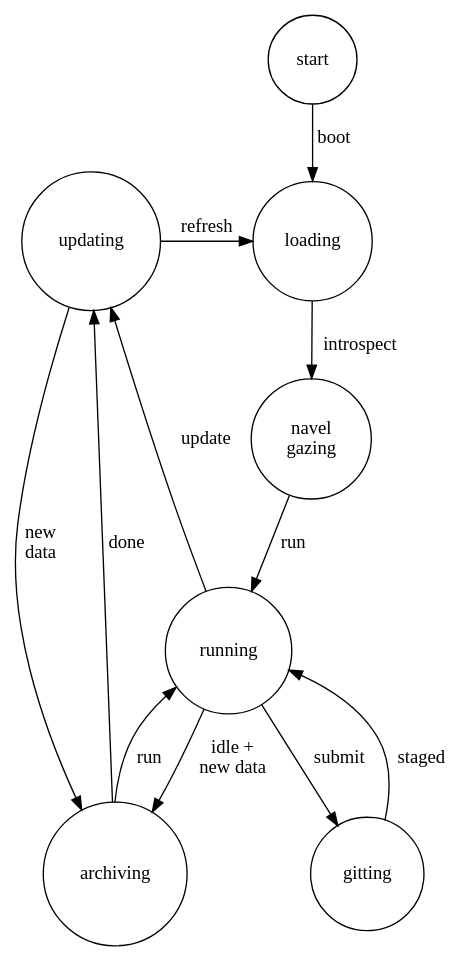
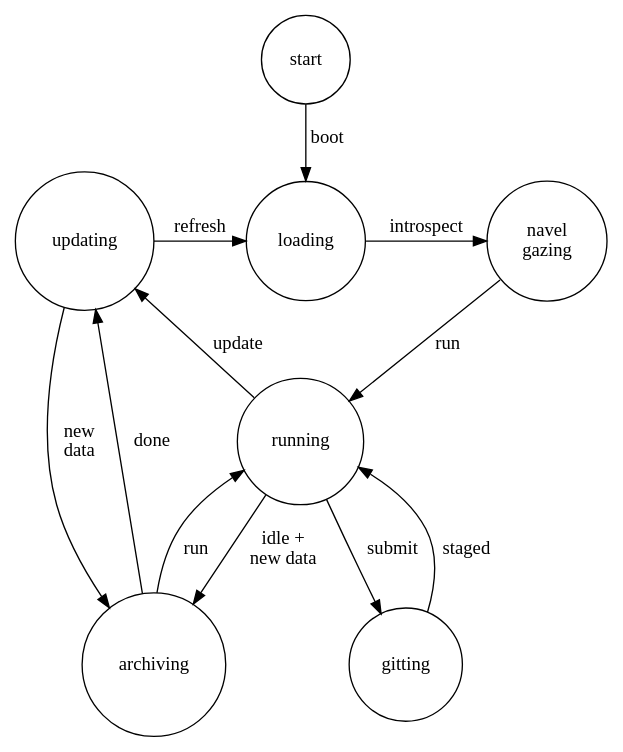
Before and after one commit to al-niessner/DAWGIE: the diagram in Python/dawgie/pl/state.dot, drawn with Graphviz. The commit also changed 2 other files, not shown here.

```diff
--- a/Python/dawgie/pl/state.dot
+++ b/Python/dawgie/pl/state.dot
@@ -1,106 +1,105 @@
 digraph dawgie_fsm
 {
 /*
 COPYRIGHT:
 Copyright (c) 2015-2025, California Institute of Technology ("Caltech").
 U.S. Government sponsorship acknowledged.
 
 All rights reserved.
 
 LICENSE:
 Redistribution and use in source and binary forms, with or without
 modification, are permitted provided that the following conditions are met:
 
 - Redistributions of source code must retain the above copyright notice,
 this list of conditions and the following disclaimer.
 
 - Redistributions in binary form must reproduce the above copyright
 notice, this list of conditions and the following disclaimer in the
 documentation and/or other materials provided with the distribution.
 
 - Neither the name of Caltech nor its operating division, the Jet
 Propulsion Laboratory, nor the names of its contributors may be used to
 endorse or promote products derived from this software without specific prior
 written permission.
 
 THIS SOFTWARE IS PROVIDED BY THE COPYRIGHT HOLDERS AND CONTRIBUTORS "AS IS"
 AND ANY EXPRESS OR IMPLIED WARRANTIES, INCLUDING, BUT NOT LIMITED TO, THE
 IMPLIED WARRANTIES OF MERCHANTABILITY AND FITNESS FOR A PARTICULAR PURPOSE
 ARE DISCLAIMED. IN NO EVENT SHALL THE COPYRIGHT OWNER OR CONTRIBUTORS BE
 LIABLE FOR ANY DIRECT, INDIRECT, INCIDENTAL, SPECIAL, EXEMPLARY, OR
 CONSEQUENTIAL DAMAGES (INCLUDING, BUT NOT LIMITED TO, PROCUREMENT OF
 SUBSTITUTE GOODS OR SERVICES; LOSS OF USE, DATA, OR PROFITS; OR BUSINESS
 INTERRUPTION) HOWEVER CAUSED AND ON ANY THEORY OF LIABILITY, WHETHER IN
 CONTRACT, STRICT LIABILITY, OR TORT (INCLUDING NEGLIGENCE OR OTHERWISE)
 ARISING IN ANY WAY OUT OF THE USE OF THIS SOFTWARE, EVEN IF ADVISED OF THE
 POSSIBILITY OF SUCH DAMAGE.
 
 NTR:
 */
         node [shape = circle];
         starting[id=starting, label=start]
         loading[id=loading]
         contemplation[id=contemplation, label="navel\ngazing"]
         updating[id=updating]
         running[id=running]
         gitting[id=gitting]
         archiving[id=archiving];
-        { rank=same loading updating }
+        { rank=same contemplation loading updating }
         rankdir=TB;
         starting -> loading [label=boot,
                              trigger=starting_trigger,
                              source=starting,
                              dest=loading,
                              before=start,
                              after=load];
         loading -> contemplation[label=introspect,
                                  trigger=contemplation_trigger,
                                  source=loading,
-                                 dest=contemplation];
+                                 dest=contemplation,
+                                 after=navel_gaze];
         contemplation -> running[label=run,
                                  trigger=running_trigger,
                                  source=contemplation,
-                                 dest=running,
-                                 after=navel_gaze];
+                                 dest=running];
         running -> gitting[label=submit,
                            trigger=gitting_trigger,
                            source=running,
                            dest=gitting];
         gitting -> running[label=staged,
                            trigger=running_trigger,
                            source=gitting,
                            dest=running];
         running -> archiving[label="idle +\nnew data",
                              after=archive,
                              before=save_prior_state,
                              trigger=archiving_trigger,
                              source=running,
                              dest=archiving];
         archiving -> running[label=run,
                              trigger=running_trigger,
                              source=archiving,
-                             dest=running,
-                             before=navel_gaze];
+                             dest=running];
         running -> updating[label=update,
                             trigger=update_trigger,
                             source=running,
                             dest=updating,
                             after=reload];
         updating -> loading[label=refresh,
                             trigger=loading_trigger,
                             source=updating,
                             dest=loading,
                             before=reset,
                             after=load];
         updating -> archiving[label=" new\ndata",
                               after=archive,
                               before=save_prior_state,
                               trigger=archiving_trigger,
                               source=updating,
                               dest=archiving];
         archiving -> updating[label=done,
                               after=loading_trigger,
                               trigger=updating_trigger,
                               source=archiving,
                               dest=updating];
 }
```
